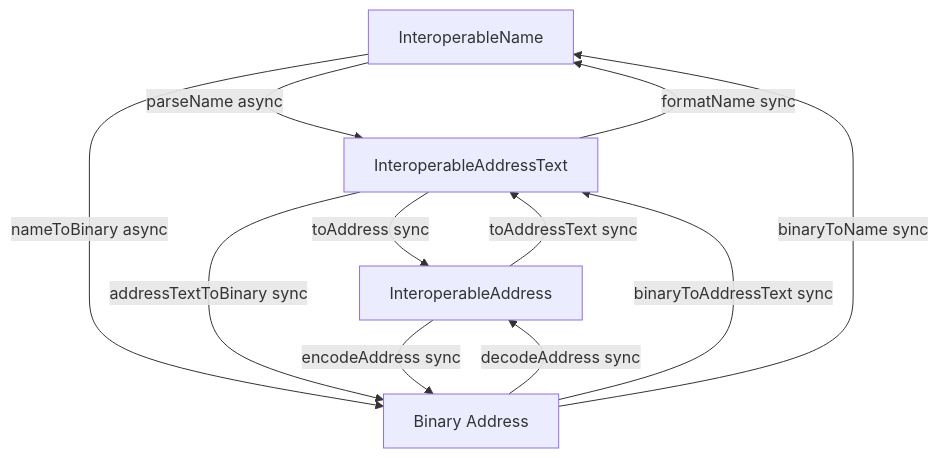
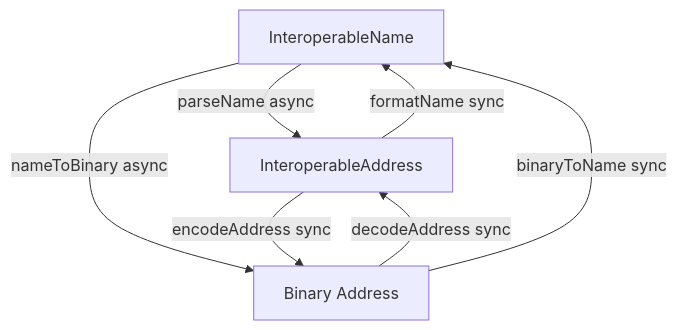
The diagram in apps/docs/docs/addresses/getting-started.md (defi-wonderland/interop-sdk), drawn with Mermaid before and after one commit. The commit also changed other lines of this file and 32 other files, not shown here.

````diff
--- a/apps/docs/docs/addresses/getting-started.md
+++ b/apps/docs/docs/addresses/getting-started.md
@@ -125,18 +123,13 @@
 ```mermaid
 graph TD
     A[InteroperableName]
-    B[InteroperableAddressText]
     C[InteroperableAddress]
     D[Binary Address]
 
-    A -->|parseName async| B
+    A -->|parseName async| C
     A -->|nameToBinary async| D
-    B -->|toAddress sync| C
-    B -->|addressTextToBinary sync| D
     C -->|encodeAddress sync| D
-    C -->|toAddressText sync| B
+    C -->|formatName sync| A
     D -->|decodeAddress sync| C
-    D -->|binaryToAddressText sync| B
     D -->|binaryToName sync| A
-    B -->|formatName sync| A
 ```
````
